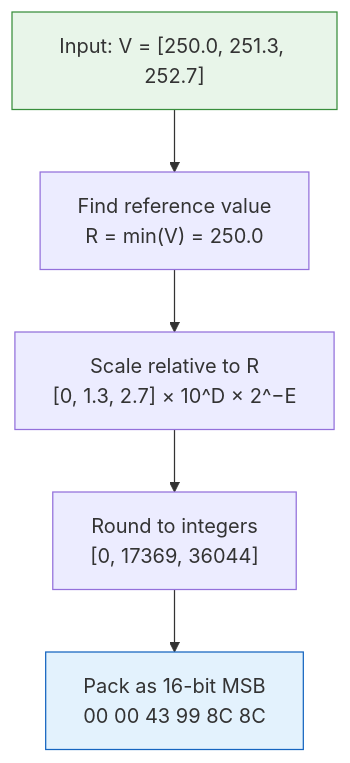
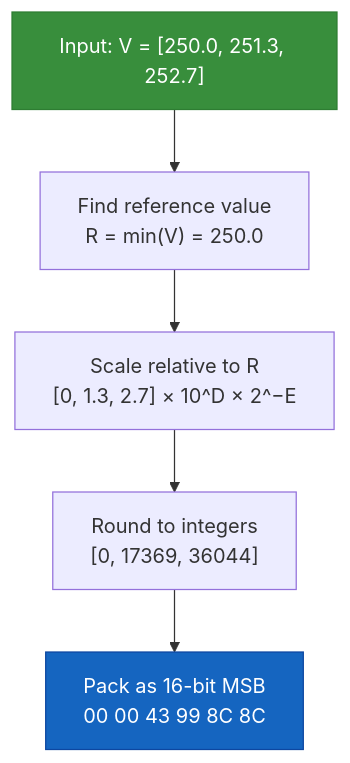
One commit to ecmwf/tensogram changed the diagram in docs/src/encodings/simple-packing.md. Above: the diagram before and after it, drawn with Mermaid. The commit also changed 5 other files, not shown here.

Commit message:
docs: fix wire-format table alignment, mermaid diagram readability and colors

````diff
--- a/docs/src/encodings/simple-packing.md
+++ b/docs/src/encodings/simple-packing.md
@@ -17,17 +17,17 @@
 ```mermaid
 flowchart TD
     A["Input: V = [250.0, 251.3, 252.7]"]
     B["Find reference value
     R = min(V) = 250.0"]
     C["Scale relative to R
     [0, 1.3, 2.7] × 10^D × 2^−E"]
     D["Round to integers
     [0, 17369, 36044]"]
     E["Pack as 16-bit MSB
     00 00 43 99 8C 8C"]
 
     A --> B --> C --> D --> E
 
-    style A fill:#e8f5e9,stroke:#388e3c
-    style E fill:#e3f2fd,stroke:#1565c0
+    style A fill:#388e3c,stroke:#2e7d32,color:#fff
+    style E fill:#1565c0,stroke:#0d47a1,color:#fff
 ```
````
